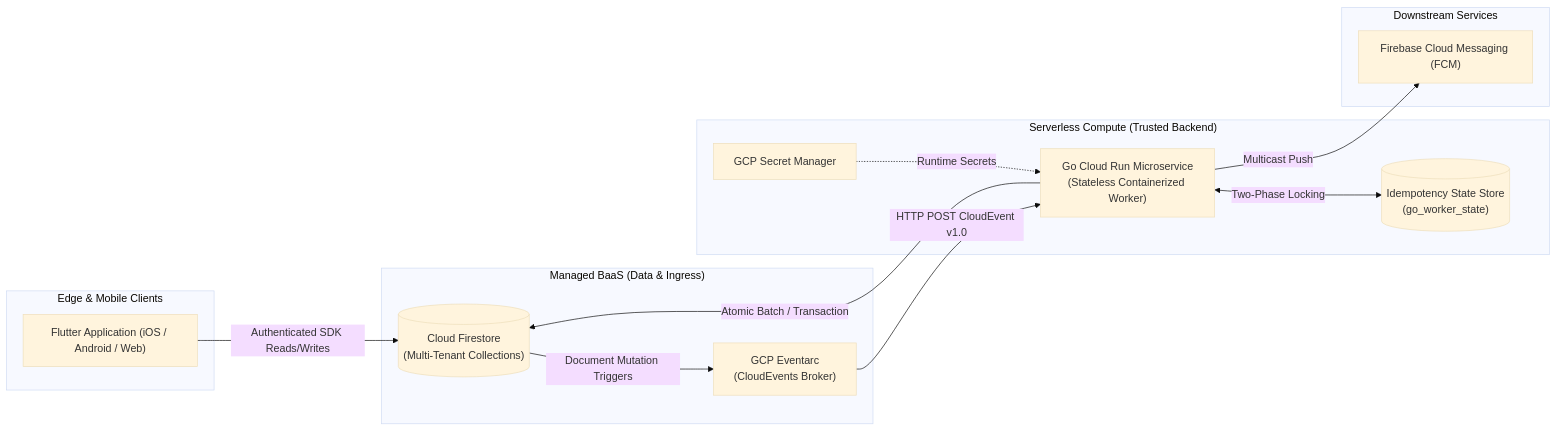
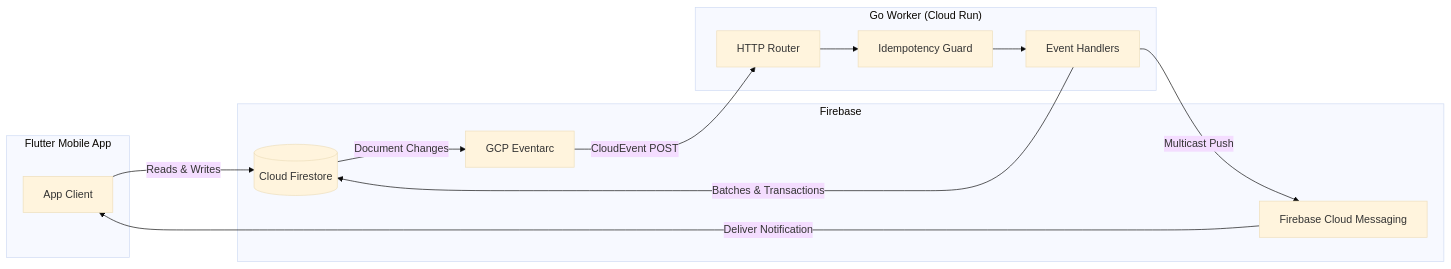
One commit to vkshdev/klubconnect changed the first of 4 diagrams in BACKEND_DESIGN.md. Above: the diagram before and after it, drawn with Mermaid (base theme). The commit also changed other lines of this file and 1 other file, not shown here.

Commit message:
updated and refactor architecture docs

````diff
--- a/BACKEND_DESIGN.md
+++ b/BACKEND_DESIGN.md
@@ -15,29 +20,27 @@
 ```mermaid
 flowchart LR
-    subgraph ClientLayer["Edge & Mobile Clients"]
-        Flutter["Flutter Application (iOS / Android / Web)"]
+    subgraph Client["Flutter Mobile App"]
+        App["App Client"]
     end
 
-    subgraph BaaSLayer["Managed BaaS (Data & Ingress)"]
-        Firestore[("Cloud Firestore\n(Multi-Tenant Collections)")]
-        Eventarc["GCP Eventarc\n(CloudEvents Broker)"]
+    subgraph Firebase["Firebase"]
+        Firestore[("Cloud Firestore")]
+        Eventarc["GCP Eventarc"]
+        FCM["Firebase Cloud Messaging"]
     end
 
-    subgraph ComputeLayer["Serverless Compute (Trusted Backend)"]
-        CloudRun["Go Cloud Run Microservice\n(Stateless Containerized Worker)"]
-        IdempotencyStore[("Idempotency State Store\n(go_worker_state)")]
-        SecretManager["GCP Secret Manager"]
+    subgraph Backend["Go Worker (Cloud Run)"]
+        Router["HTTP Router"]
+        Idempotency["Idempotency Guard"]
+        Worker["Event Handlers"]
     end
 
-    subgraph ExternalServices["Downstream Services"]
-        FCM["Firebase Cloud Messaging (FCM)"]
-    end
-
-    Flutter -->|Authenticated SDK Reads/Writes| Firestore
-    Firestore -->|Document Mutation Triggers| Eventarc
-    Eventarc -->|HTTP POST CloudEvent v1.0| CloudRun
-    CloudRun <-->|Two-Phase Locking| IdempotencyStore
-    CloudRun -->|Atomic Batch / Transaction| Firestore
-    CloudRun -->|Multicast Push| FCM
-    SecretManager -.->|Runtime Secrets| CloudRun
+    App -->|Reads & Writes| Firestore
+    Firestore -->|Document Changes| Eventarc
+    Eventarc -->|CloudEvent POST| Router
+    Router --> Idempotency
+    Idempotency --> Worker
+    Worker -->|Batches & Transactions| Firestore
+    Worker -->|Multicast Push| FCM
+    FCM -->|Deliver Notification| App
 ```
````
